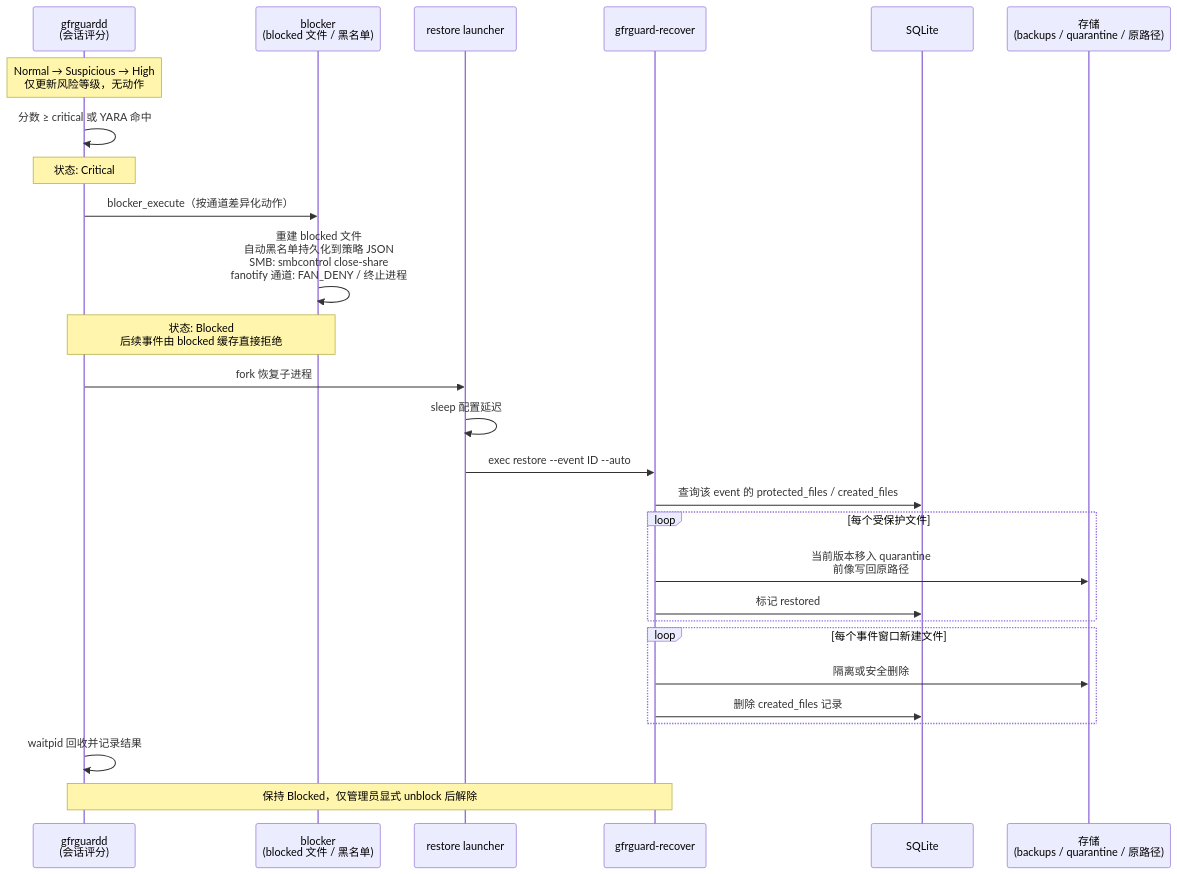
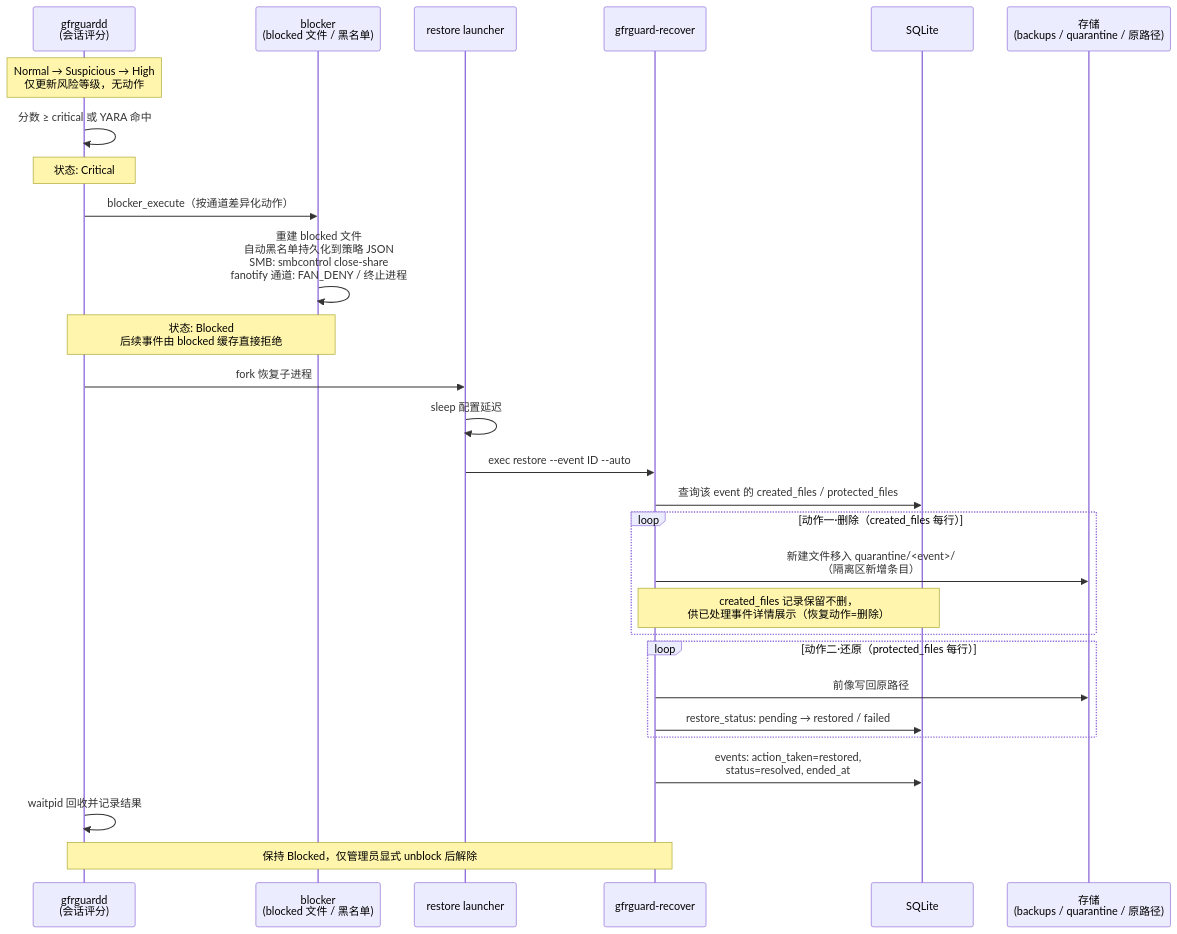
The sixth of 7 diagrams in doc/specs/architecture_v2.md (xd121614/ne_gfrguard), drawn with Mermaid before and after one commit. The commit also changed other lines of this file, not shown here.

Commit message:
更新架构图

````diff
--- a/doc/specs/architecture_v2.md
+++ b/doc/specs/architecture_v2.md
@@ -423,30 +415,31 @@
 ```mermaid
 sequenceDiagram
 	participant D as gfrguardd<br/>(会话评分)
 	participant BLK as blocker<br/>(blocked 文件 / 黑名单)
 	participant R as restore launcher
 	participant C as gfrguard-recover
 	participant DB as SQLite
 	participant ST as 存储<br/>(backups / quarantine / 原路径)
 
 	Note over D: Normal → Suspicious → High<br/>仅更新风险等级，无动作
 	D->>D: 分数 ≥ critical 或 YARA 命中
 	Note over D: 状态: Critical
 	D->>BLK: blocker_execute（按通道差异化动作）
 	BLK->>BLK: 重建 blocked 文件<br/>自动黑名单持久化到策略 JSON<br/>SMB: smbcontrol close-share<br/>fanotify 通道: FAN_DENY / 终止进程
 	Note over D,BLK: 状态: Blocked<br/>后续事件由 blocked 缓存直接拒绝
 	D->>R: fork 恢复子进程
 	R->>R: sleep 配置延迟
 	R->>C: exec restore --event ID --auto
-	C->>DB: 查询该 event 的 protected_files / created_files
-	loop 每个受保护文件
-		C->>ST: 当前版本移入 quarantine<br/>前像写回原路径
-		C->>DB: 标记 restored
+	C->>DB: 查询该 event 的 created_files / protected_files
+	loop 动作一·删除（created_files 每行）
+		C->>ST: 新建文件移入 quarantine/<event>/<br/>（隔离区新增条目）
+		Note over C,DB: created_files 记录保留不删，<br/>供已处理事件详情展示（恢复动作=删除）
 	end
-	loop 每个事件窗口新建文件
-		C->>ST: 隔离或安全删除
-		C->>DB: 删除 created_files 记录
+	loop 动作二·还原（protected_files 每行）
+		C->>ST: 前像写回原路径
+		C->>DB: restore_status: pending → restored / failed
 	end
+	C->>DB: events: action_taken=restored,<br/>status=resolved, ended_at
 	D->>D: waitpid 回收并记录结果
 	Note over D,C: 保持 Blocked，仅管理员显式 unblock 后解除
 ```
````
